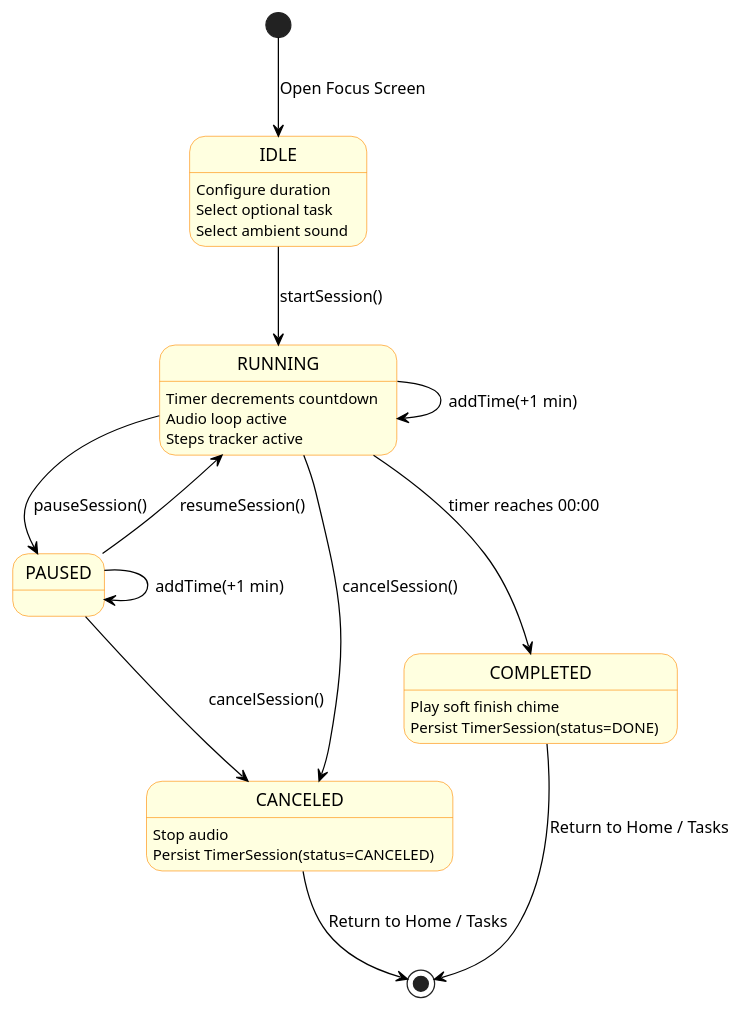
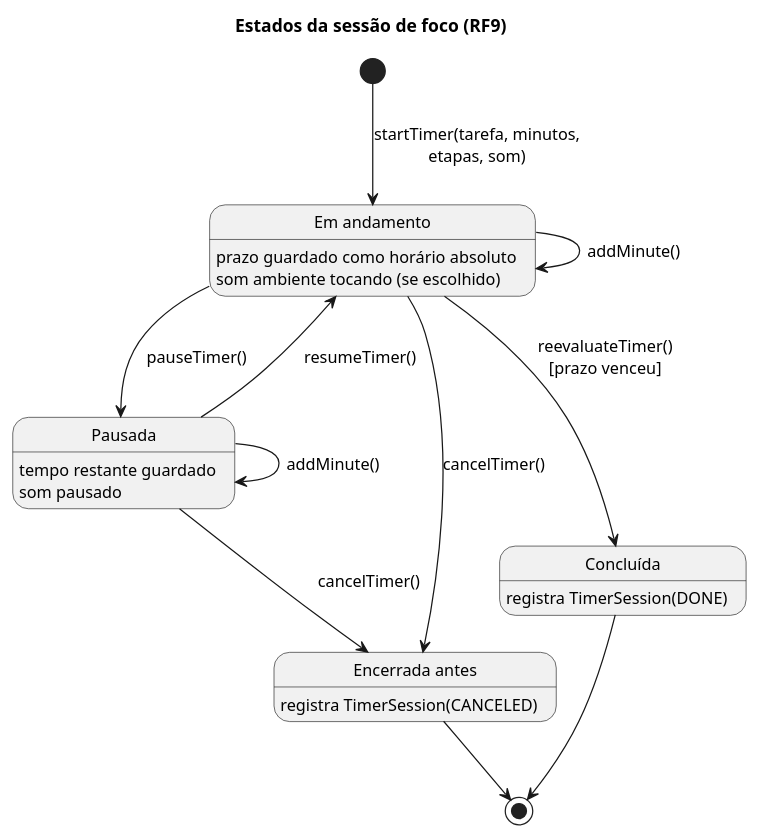
Before and after one commit to roobertoAlves/kaluana-backend: the diagram in diagrams/focus-session-state-diagram.puml, drawn with PlantUML. The commit also changed 11 other files, not shown here.

First line of the commit message:
docs(diagramas): diagramas refeitos em português e fiéis ao código

```diff
--- a/diagrams/focus-session-state-diagram.puml
+++ b/diagrams/focus-session-state-diagram.puml
@@ -1,49 +1,24 @@
 @startuml focus-session-state-diagram
-skinparam monochrome false
 skinparam shadowing false
-skinparam state {
-  BackgroundColor LightYellow
-  BorderColor DarkOrange
-  ArrowColor Black
-}
+skinparam defaultFontSize 13
+title Estados da sessão de foco (RF9)
 
-[*] --> IDLE : Open Focus Screen
+[*] --> EmAndamento : startTimer(tarefa, minutos,\netapas, som)
 
-state IDLE {
-  IDLE : Configure duration
-  IDLE : Select optional task
-  IDLE : Select ambient sound
-}
+state "Em andamento" as EmAndamento : prazo guardado como horário absoluto\nsom ambiente tocando (se escolhido)
+state "Pausada" as Pausada : tempo restante guardado\nsom pausado
+state "Concluída" as Concluida : registra TimerSession(DONE)
+state "Encerrada antes" as Encerrada : registra TimerSession(CANCELED)
 
-IDLE --> RUNNING : startSession()
+EmAndamento --> Pausada : pauseTimer()
+Pausada --> EmAndamento : resumeTimer()
+EmAndamento --> EmAndamento : addMinute()
+Pausada --> Pausada : addMinute()
+EmAndamento --> Concluida : reevaluateTimer()\n[prazo venceu]
+EmAndamento --> Encerrada : cancelTimer()
+Pausada --> Encerrada : cancelTimer()
 
-state RUNNING {
-  RUNNING : Timer decrements countdown
-  RUNNING : Audio loop active
-  RUNNING : Steps tracker active
-}
-
-RUNNING --> PAUSED : pauseSession()
-PAUSED --> RUNNING : resumeSession()
-
-RUNNING --> RUNNING : addTime(+1 min)
-PAUSED --> PAUSED : addTime(+1 min)
-
-RUNNING --> COMPLETED : timer reaches 00:00
-RUNNING --> CANCELED : cancelSession()
-PAUSED --> CANCELED : cancelSession()
-
-state COMPLETED {
-  COMPLETED : Play soft finish chime
-  COMPLETED : Persist TimerSession(status=DONE)
-}
-
-state CANCELED {
-  CANCELED : Stop audio
-  CANCELED : Persist TimerSession(status=CANCELED)
-}
-
-COMPLETED --> [*] : Return to Home / Tasks
-CANCELED --> [*] : Return to Home / Tasks
+Concluida --> [*]
+Encerrada --> [*]
 
 @enduml
```
